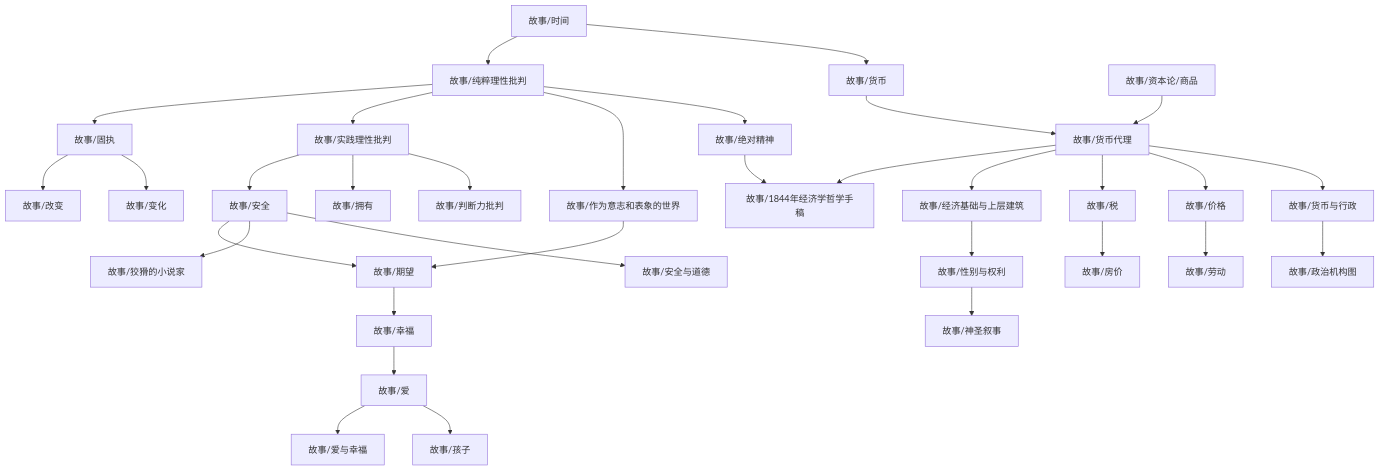
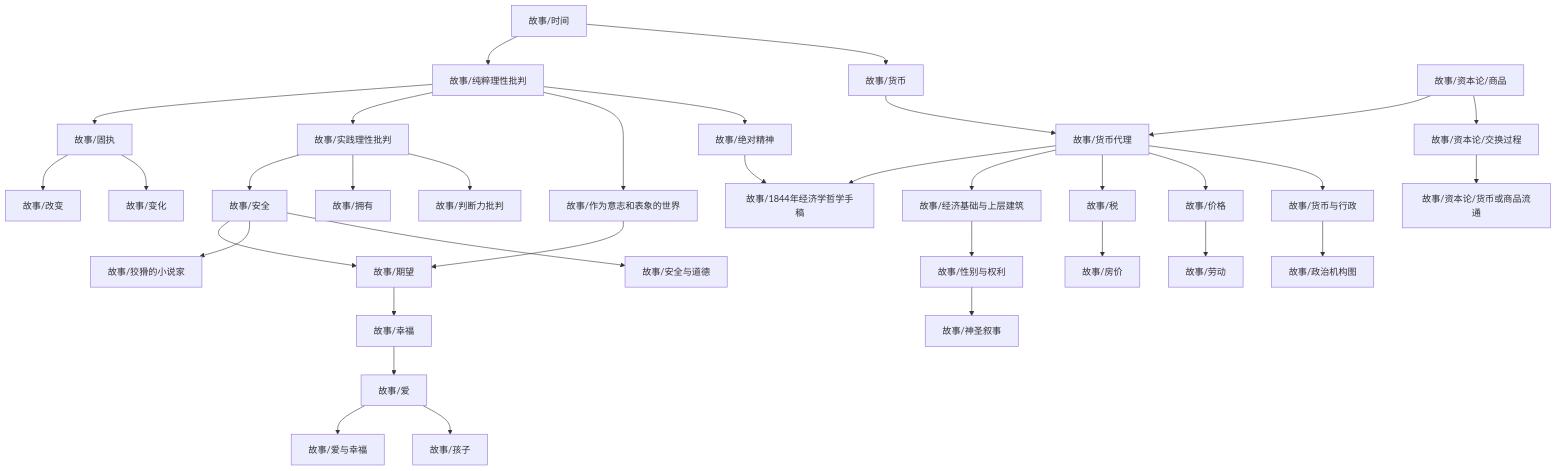
Before and after one commit to zengls3186428803/zengls3186428803.github.io: the diagram in content/故事/dependency_graph.md, drawn with Mermaid. The commit also changed 4 other files, not shown here.

````diff
--- a/content/故事/dependency_graph.md
+++ b/content/故事/dependency_graph.md
@@ -1,35 +1,37 @@
 ```mermaid
 graph TD
 1["故事/纯粹理性批判"] --> 0["故事/固执"]
 3["故事/经济基础与上层建筑"] --> 2["故事/性别与权利"]
 0["故事/固执"] --> 4["故事/改变"]
 6["故事/货币代理"] --> 5["故事/1844年经济学哲学手稿"]
 7["故事/绝对精神"] --> 5["故事/1844年经济学哲学手稿"]
 9["故事/作为意志和表象的世界"] --> 8["故事/期望"]
 10["故事/安全"] --> 8["故事/期望"]
 10["故事/安全"] --> 11["故事/狡猾的小说家"]
 1["故事/纯粹理性批判"] --> 12["故事/实践理性批判"]
 13["故事/时间"] --> 1["故事/纯粹理性批判"]
 12["故事/实践理性批判"] --> 10["故事/安全"]
 6["故事/货币代理"] --> 3["故事/经济基础与上层建筑"]
 12["故事/实践理性批判"] --> 14["故事/拥有"]
 6["故事/货币代理"] --> 15["故事/税"]
 15["故事/税"] --> 16["故事/房价"]
 18["故事/货币与行政"] --> 17["故事/政治机构图"]
 0["故事/固执"] --> 19["故事/变化"]
 21["故事/幸福"] --> 20["故事/爱"]
 6["故事/货币代理"] --> 22["故事/价格"]
 23["故事/货币"] --> 6["故事/货币代理"]
 24["故事/资本论/商品"] --> 6["故事/货币代理"]
 1["故事/纯粹理性批判"] --> 9["故事/作为意志和表象的世界"]
 1["故事/纯粹理性批判"] --> 7["故事/绝对精神"]
 6["故事/货币代理"] --> 18["故事/货币与行政"]
 10["故事/安全"] --> 26["故事/安全与道德"]
 2["故事/性别与权利"] --> 27["故事/神圣叙事"]
 20["故事/爱"] --> 28["故事/爱与幸福"]
 13["故事/时间"] --> 23["故事/货币"]
 20["故事/爱"] --> 29["故事/孩子"]
 22["故事/价格"] --> 30["故事/劳动"]
 12["故事/实践理性批判"] --> 31["故事/判断力批判"]
 8["故事/期望"] --> 21["故事/幸福"]
+33["故事/资本论/交换过程"] --> 32["故事/资本论/货币或商品流通"]
+24["故事/资本论/商品"] --> 33["故事/资本论/交换过程"]
 ```
````
